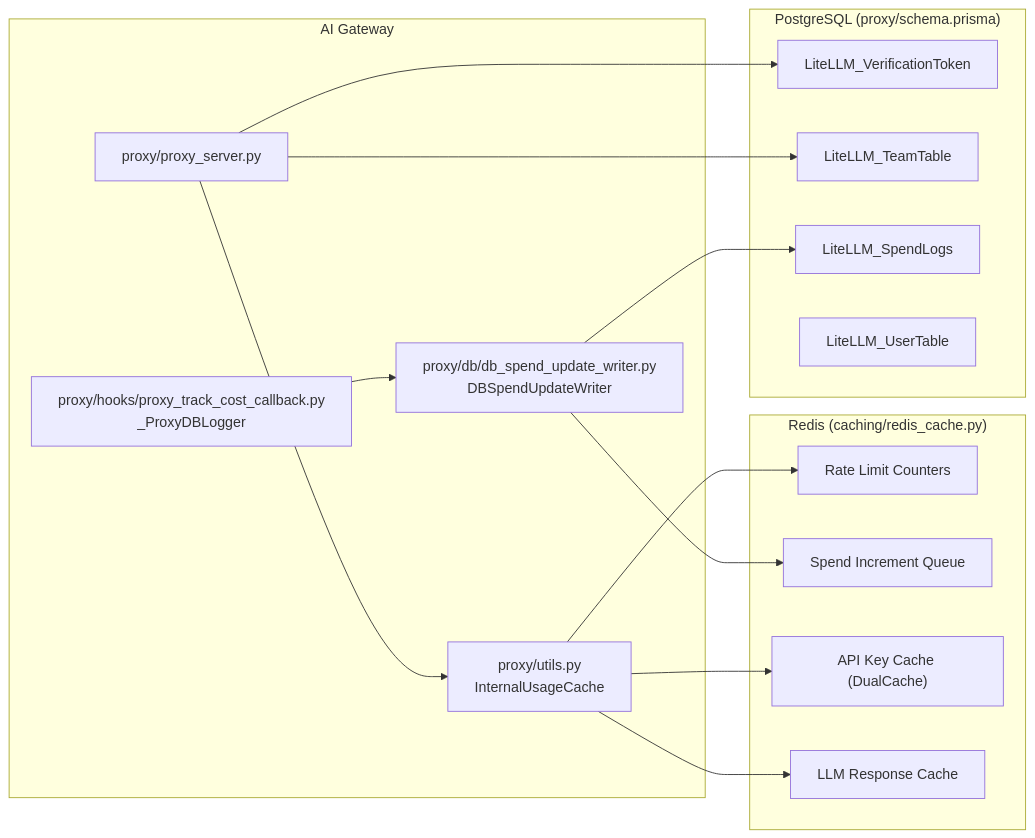
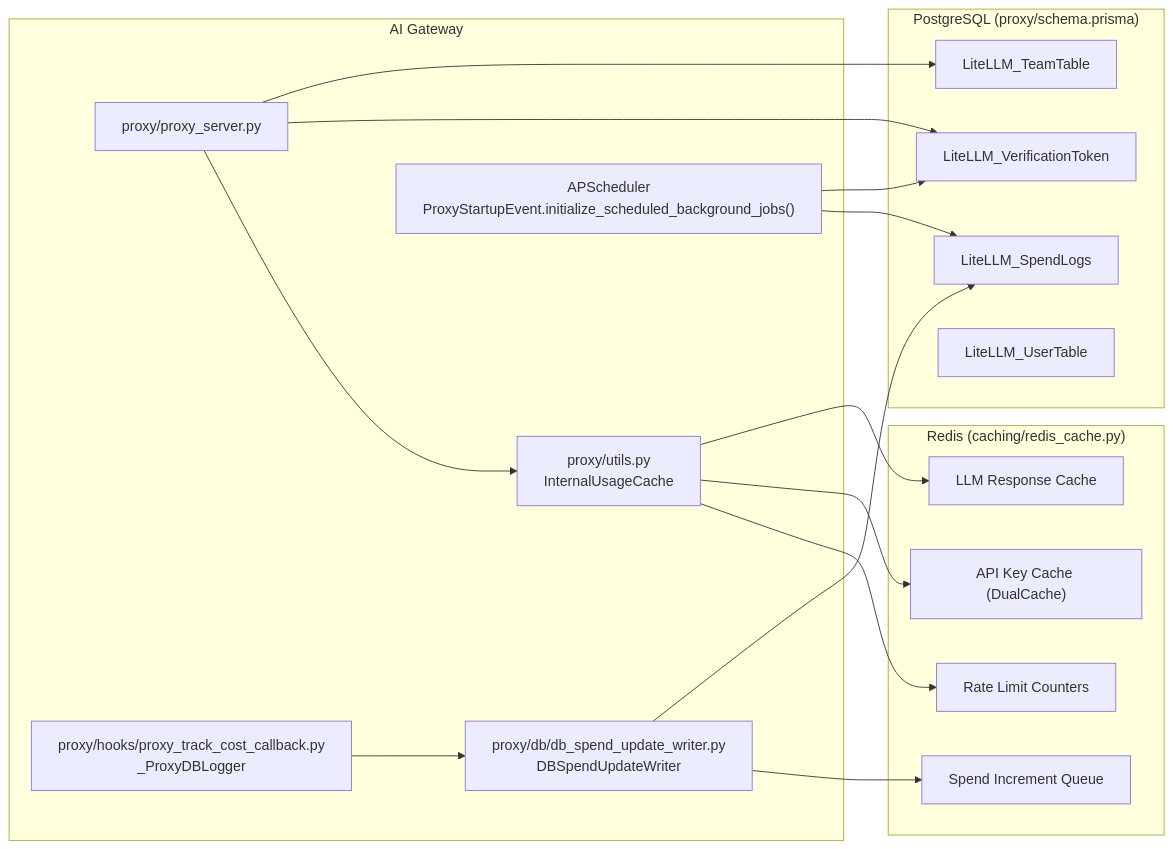
Before and after one commit to BerriAI/litellm: the third of 4 diagrams in ARCHITECTURE.md, drawn with Mermaid. The commit also changed other lines of this file, not shown here.

````diff
--- a/ARCHITECTURE.md
+++ b/ARCHITECTURE.md
@@ -150,33 +150,36 @@
 ```mermaid
 graph LR
     subgraph "AI Gateway"
         Proxy["proxy/proxy_server.py"]
         DBWriter["proxy/db/db_spend_update_writer.py<br/>DBSpendUpdateWriter"]
         Cache["proxy/utils.py<br/>InternalUsageCache"]
         CostCallback["proxy/hooks/proxy_track_cost_callback.py<br/>_ProxyDBLogger"]
+        Scheduler["APScheduler<br/>ProxyStartupEvent.initialize_scheduled_background_jobs()"]
     end
 
     subgraph "Redis (caching/redis_cache.py)"
         RateLimit["Rate Limit Counters"]
         SpendQueue["Spend Increment Queue"]
         KeyCache["API Key Cache (DualCache)"]
         ResponseCache["LLM Response Cache"]
     end
 
     subgraph "PostgreSQL (proxy/schema.prisma)"
         Keys["LiteLLM_VerificationToken"]
         Teams["LiteLLM_TeamTable"]
         SpendLogs["LiteLLM_SpendLogs"]
         Users["LiteLLM_UserTable"]
     end
 
     Proxy --> Cache
     Cache --> RateLimit
     Cache --> KeyCache
     Cache --> ResponseCache
     CostCallback --> DBWriter
     DBWriter --> SpendQueue
     DBWriter --> SpendLogs
     Proxy --> Keys
     Proxy --> Teams
+    Scheduler --> SpendLogs
+    Scheduler --> Keys
 ```
````
